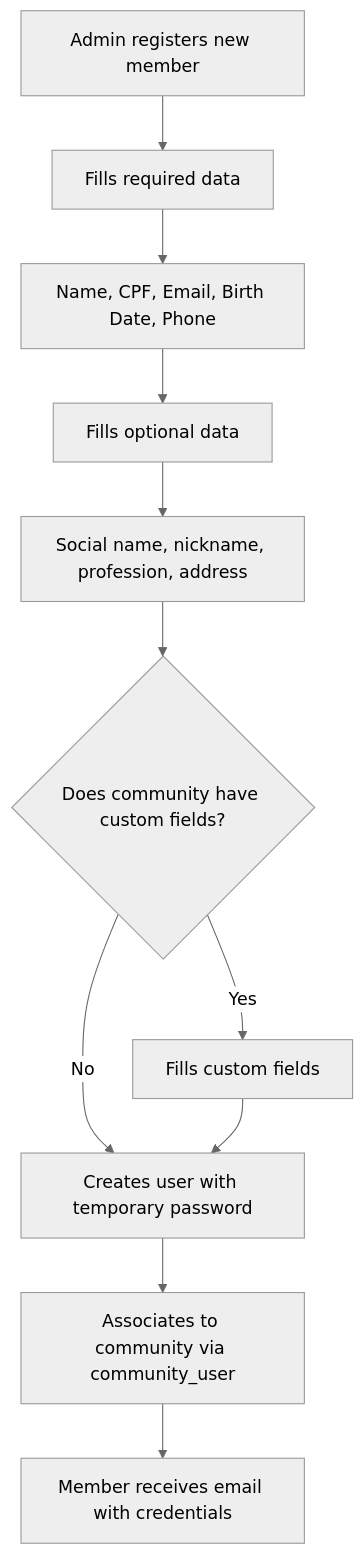
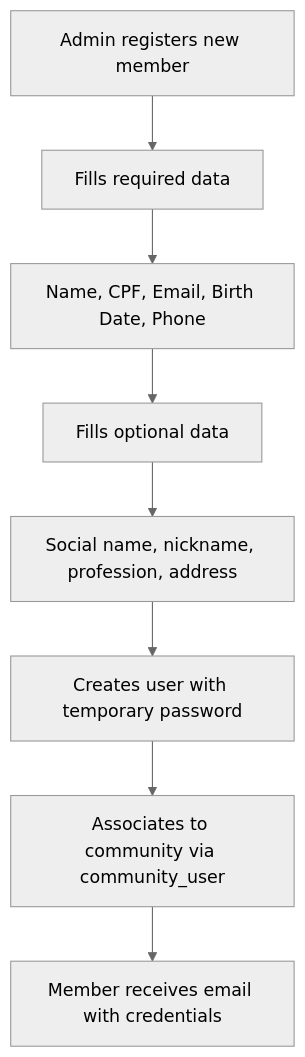
One commit to HDias/community changed the second of 2 diagrams in docs/flows/03-members.md. Above: the diagram before and after it, drawn with Mermaid (neutral theme). The commit also changed other lines of this file and 36 other files, not shown here.

````diff
--- a/docs/flows/03-members.md
+++ b/docs/flows/03-members.md
@@ -55,13 +34,10 @@
 ```mermaid
 flowchart TD
     A[Admin registers new member] --> B[Fills required data]
     B --> C[Name, CPF, Email, Birth Date, Phone]
     C --> D[Fills optional data]
     D --> E[Social name, nickname, profession, address]
-    E --> F{Does community have custom fields?}
-    F -->|Yes| G[Fills custom fields]
-    F -->|No| H[Creates user with temporary password]
-    G --> H
+    E --> H[Creates user with temporary password]
     H --> I[Associates to community via community_user]
     I --> J[Member receives email with credentials]
 ```
````
